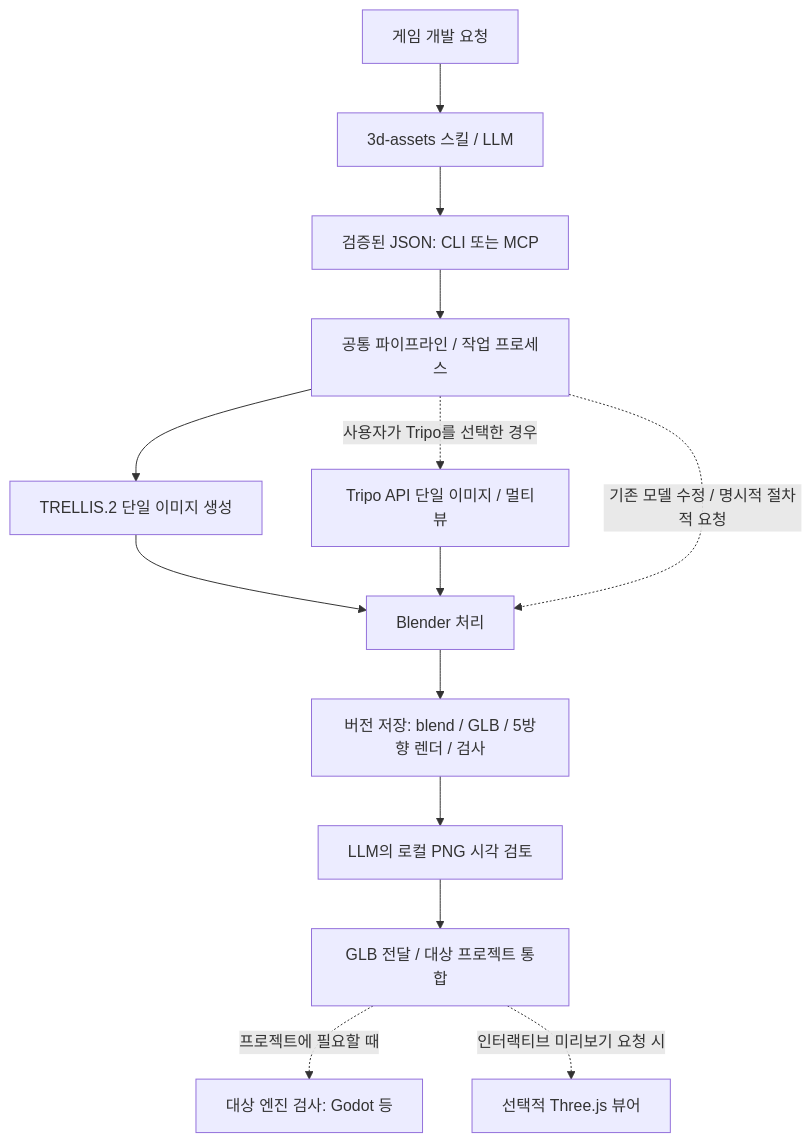
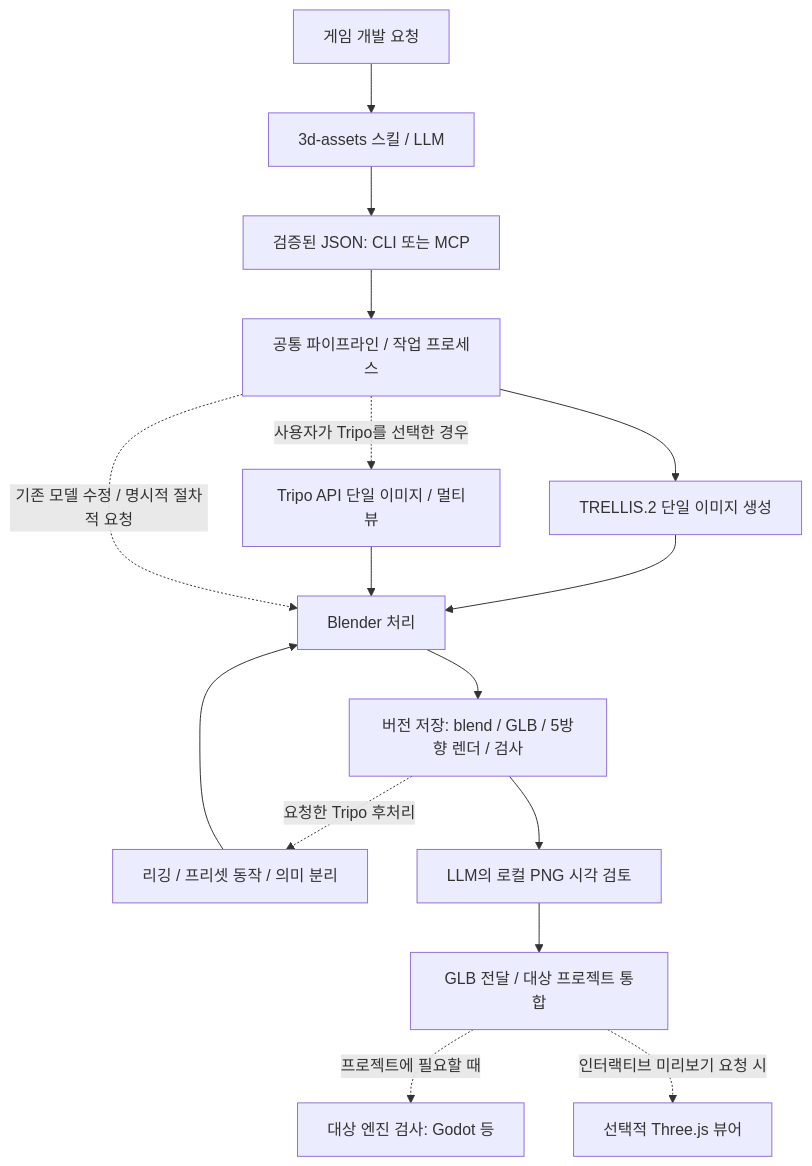
The diagram in docs/ARCHITECTURE.md (NA-DEGEN-GIRL/3d-asset-auto), drawn with Mermaid before and after one commit. The commit also changed other lines of this file and 27 other files, not shown here.

````diff
--- a/docs/ARCHITECTURE.md
+++ b/docs/ARCHITECTURE.md
@@ -5,16 +5,18 @@
 ```mermaid
 flowchart TD
     A[게임 개발 요청] --> B[3d-assets 스킬 / LLM]
     B --> C[검증된 JSON: CLI 또는 MCP]
     C --> D[공통 파이프라인 / 작업 프로세스]
     D --> E[TRELLIS.2 단일 이미지 생성]
     E --> F[Blender 처리]
     D -. 사용자가 Tripo를 선택한 경우 .-> T[Tripo API 단일 이미지 / 멀티뷰]
     T --> F
     D -. 기존 모델 수정 / 명시적 절차적 요청 .-> F
     F --> G[버전 저장: blend / GLB / 5방향 렌더 / 검사]
+    G -. 요청한 Tripo 후처리 .-> P[리깅 / 프리셋 동작 / 의미 분리]
+    P --> F
     G --> J[LLM의 로컬 PNG 시각 검토]
     J --> K[GLB 전달 / 대상 프로젝트 통합]
     K -. 프로젝트에 필요할 때 .-> H[대상 엔진 검사: Godot 등]
     K -. 인터랙티브 미리보기 요청 시 .-> I[선택적 Three.js 뷰어]
 ```
````
